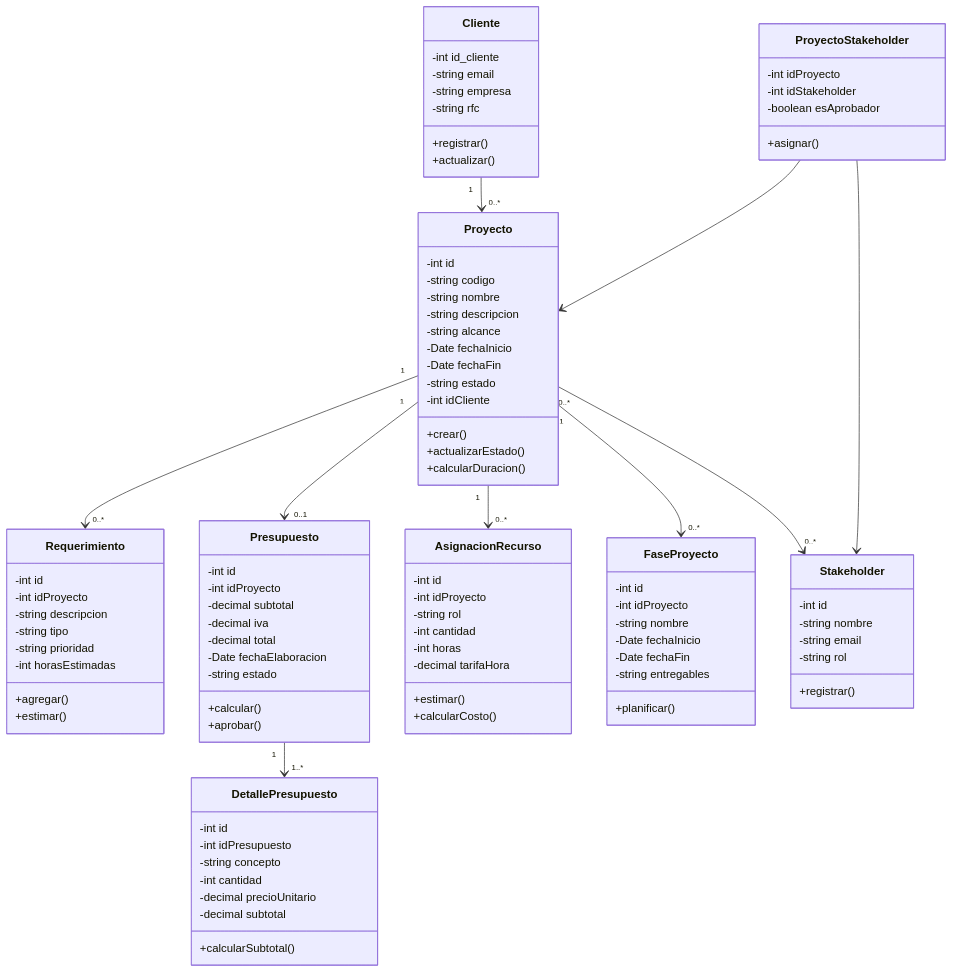
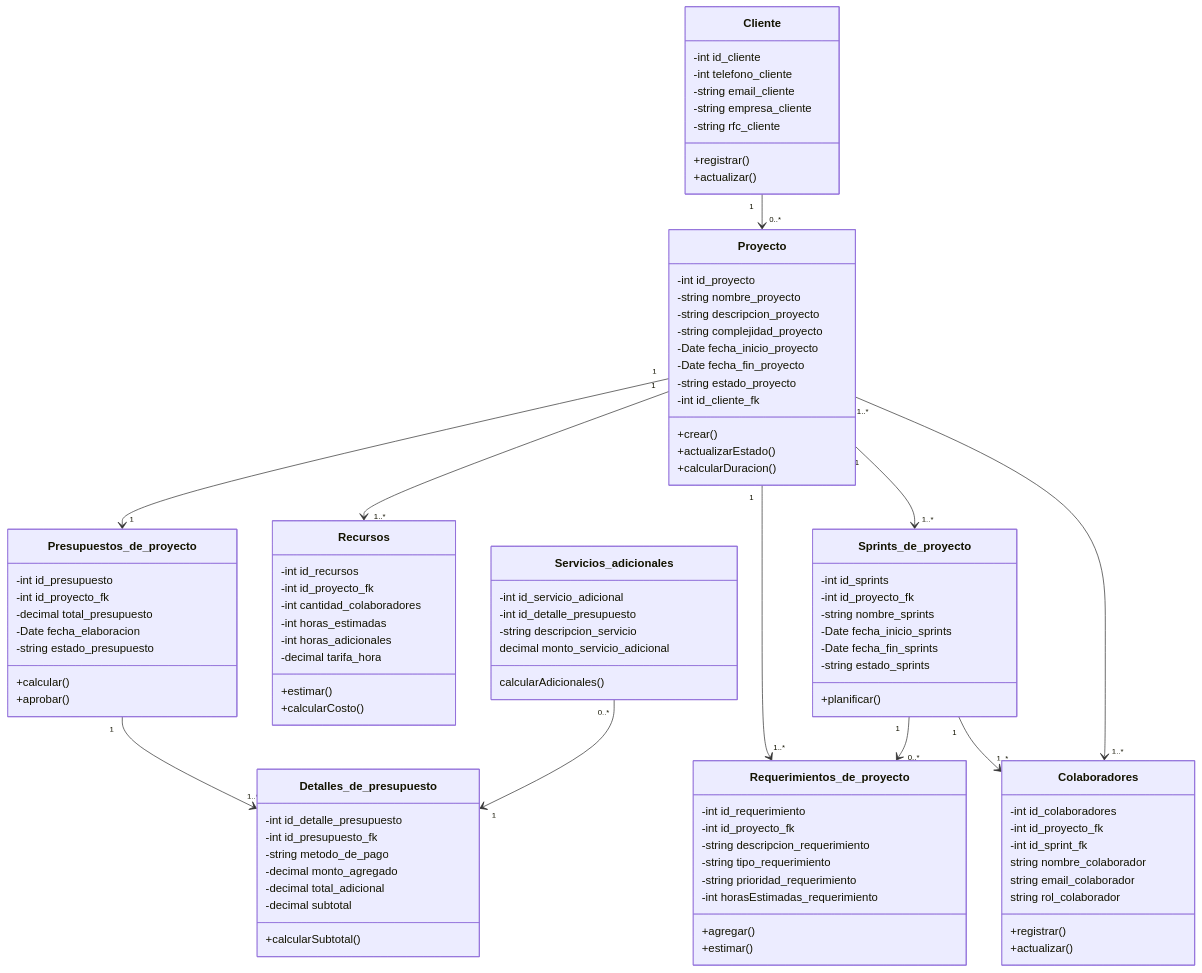
Before and after one commit to Pollix27/NGINX-Start_project: the diagram in src/main/resources/Diagramas/Diagrama de clases.mermaid, drawn with Mermaid. The commit also changed 41 other files, not shown here.

```diff
--- a/src/main/resources/Diagramas/Diagrama de clases.mermaid
+++ b/src/main/resources/Diagramas/Diagrama de clases.mermaid
@@ -1,104 +1,107 @@
 classDiagram
     class Cliente {
         -int id_cliente
-        -string email
-        -string empresa
-        -string rfc
+        -int telefono_cliente
+        -string email_cliente
+        -string empresa_cliente
+        -string rfc_cliente
         +registrar()
         +actualizar()
     }
 
     class Proyecto {
-        -int id
-        -string codigo
-        -string nombre
-        -string descripcion
-        -string alcance
-        -Date fechaInicio
-        -Date fechaFin
-        -string estado
-        -int idCliente
+        -int id_proyecto
+        -string nombre_proyecto
+        -string descripcion_proyecto
+        -string complejidad_proyecto
+        -Date fecha_inicio_proyecto
+        -Date fecha_fin_proyecto
+        -string estado_proyecto
+        -int id_cliente_fk
         +crear()
         +actualizarEstado()
         +calcularDuracion()
     }
 
-    class Requerimiento {
-        -int id
-        -int idProyecto
-        -string descripcion
-        -string tipo
-        -string prioridad
-        -int horasEstimadas
+    class Requerimientos_de_proyecto {
+        -int id_requerimiento
+        -int id_proyecto_fk
+        -string descripcion_requerimiento
+        -string tipo_requerimiento
+        -string prioridad_requerimiento
+        -int horasEstimadas_requerimiento
         +agregar()
         +estimar()
     }
 
-    class Presupuesto {
-        -int id
-        -int idProyecto
-        -decimal subtotal
-        -decimal iva
-        -decimal total
-        -Date fechaElaboracion
-        -string estado
+    class Presupuestos_de_proyecto {
+        -int id_presupuesto
+        -int id_proyecto_fk
+        -decimal total_presupuesto
+        -Date fecha_elaboracion
+        -string estado_presupuesto
         +calcular()
         +aprobar()
     }
 
-    class DetallePresupuesto {
-        -int id
-        -int idPresupuesto
-        -string concepto
-        -int cantidad
-        -decimal precioUnitario
+    class Detalles_de_presupuesto {
+        -int id_detalle_presupuesto
+        -int id_presupuesto_fk
+        -string metodo_de_pago
+        -decimal monto_agregado
+        -decimal total_adicional
         -decimal subtotal
         +calcularSubtotal()
     }
 
-    class AsignacionRecurso {
-        -int id
-        -int idProyecto
-        -string rol
-        -int cantidad
-        -int horas
-        -decimal tarifaHora
+    class Recursos {
+        -int id_recursos
+        -int id_proyecto_fk
+        -int cantidad_colaboradores
+        -int horas_estimadas
+        -int horas_adicionales
+        -decimal tarifa_hora
         +estimar()
         +calcularCosto()
     }
 
-    class FaseProyecto {
-        -int id
-        -int idProyecto
-        -string nombre
-        -Date fechaInicio
-        -Date fechaFin
-        -string entregables
+    class Sprints_de_proyecto {
+        -int id_sprints
+        -int id_proyecto_fk
+        -string nombre_sprints
+        -Date fecha_inicio_sprints
+        -Date fecha_fin_sprints
+        -string estado_sprints
         +planificar()
     }
 
-    class Stakeholder {
-        -int id
-        -string nombre
-        -string email
-        -string rol
-        +registrar()
+    class Colaboradores{
+    -int id_colaboradores
+    -int id_proyecto_fk
+    -int id_sprint_fk
+    string nombre_colaborador
+    string email_colaborador
+    string rol_colaborador
+    +registrar()
+    +actualizar()
     }
 
-    class ProyectoStakeholder {
-        -int idProyecto
-        -int idStakeholder
-        -boolean esAprobador
-        +asignar()
+    class Servicios_adicionales {
+        -int id_servicio_adicional
+        -int id_detalle_presupuesto
+        -string descripcion_servicio
+        decimal monto_servicio_adicional
+        calcularAdicionales()
     }
 
 %% Relaciones
     Cliente "1" --> "0..*" Proyecto
-    Proyecto "1" --> "0..*" Requerimiento
-    Proyecto "1" --> "0..1" Presupuesto
-    Presupuesto "1" --> "1..*" DetallePresupuesto
-    Proyecto "1" --> "0..*" AsignacionRecurso
-    Proyecto "1" --> "0..*" FaseProyecto
-    Proyecto "0..*" --> "0..*" Stakeholder
-    ProyectoStakeholder --> Proyecto
-    ProyectoStakeholder --> Stakeholder
+    Proyecto "1" --> "1" Presupuestos_de_proyecto
+    Presupuestos_de_proyecto "1" --> "1..*" Detalles_de_presupuesto
+    Proyecto "1" --> "1..*" Recursos
+    Proyecto "1" --> "1..*" Sprints_de_proyecto
+    Proyecto "1" --> "1..*" Requerimientos_de_proyecto
+    Sprints_de_proyecto "1" --> "0..*" Requerimientos_de_proyecto
+    Sprints_de_proyecto "1" --> "1..*" Colaboradores
+    Proyecto "1..*" --> "1..*" Colaboradores
+    Servicios_adicionales "0..*" --> "1" Detalles_de_presupuesto
```
